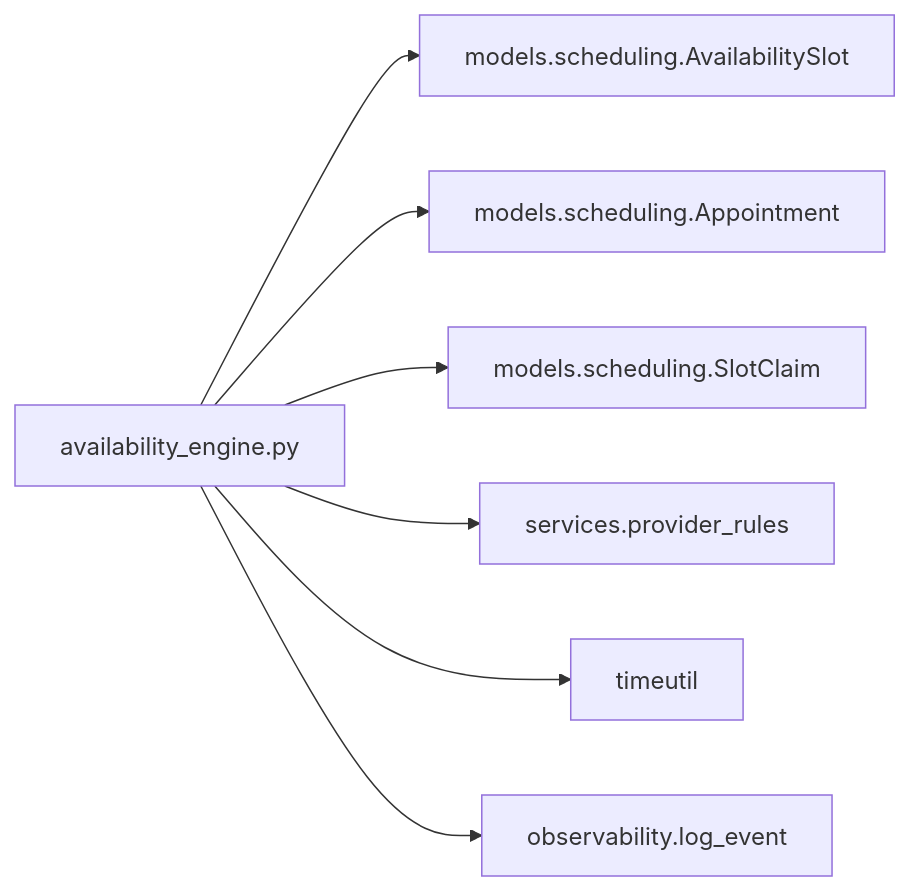
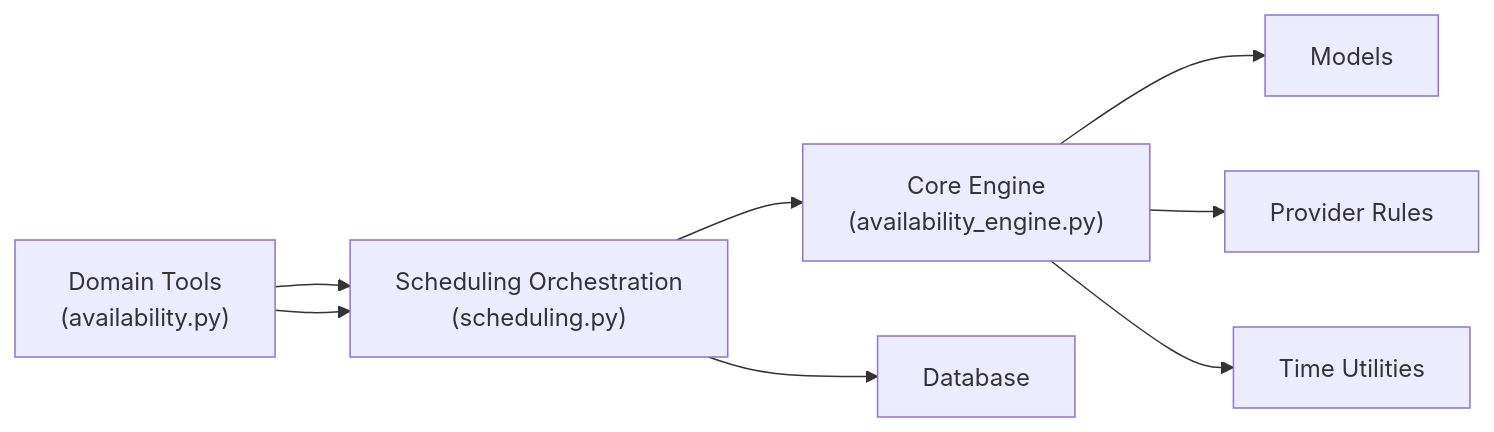
The sixth of 6 diagrams in .qoder/repowiki/en/content/Scheduling System/Availability Calculation Engine.md (gokulkaarthicks/dental-chatbot), drawn with Mermaid before and after one commit. The commit also changed other lines of this file and 280 other files, not shown here.

````diff
--- a/.qoder/repowiki/en/content/Scheduling System/Availability Calculation Engine.md
+++ b/.qoder/repowiki/en/content/Scheduling System/Availability Calculation Engine.md
@@ -358,9 +317,10 @@
 ```mermaid
 graph LR
-AE["availability_engine.py"] --> M1["models.scheduling.AvailabilitySlot"]
-AE --> M2["models.scheduling.Appointment"]
-AE --> M3["models.scheduling.SlotClaim"]
-AE --> PR["services.provider_rules"]
-AE --> TU["timeutil"]
-AE --> OBS["observability.log_event"]
+DT["Domain Tools<br/>(availability.py)"] --> SO["Scheduling Orchestration<br/>(scheduling.py)"]
+SO --> CE["Core Engine<br/>(availability_engine.py)"]
+CE --> M["Models"]
+CE --> PR["Provider Rules"]
+CE --> TU["Time Utilities"]
+SO --> DB["Database"]
+DT --> SO
 ```
````
